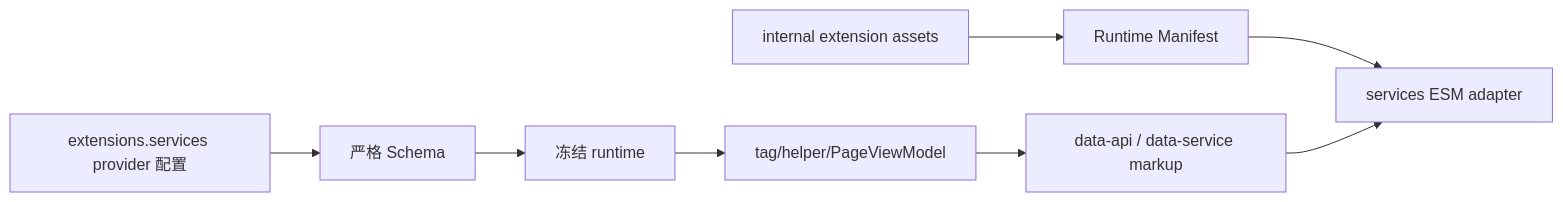
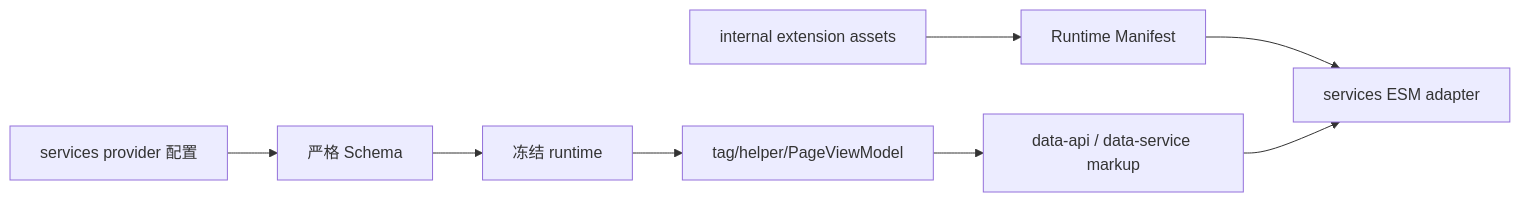
Before and after one commit to xaoxuu/hexo-theme-stellar: the diagram in docs/knowledge/06-数据服务与组件/data-service-apis.md, drawn with Mermaid. The commit also changed other lines of this file and 42 other files, not shown here.

````diff
--- a/docs/knowledge/06-数据服务与组件/data-service-apis.md
+++ b/docs/knowledge/06-数据服务与组件/data-service-apis.md
@@ -91,10 +83,10 @@
 ```mermaid
 flowchart LR
-  A[extensions.services provider 配置] --> B[严格 Schema]
+  A[services provider 配置] --> B[严格 Schema]
   B --> C[冻结 runtime]
   D[internal extension assets] --> E[Runtime Manifest]
   C --> F[tag/helper/PageViewModel]
   E --> G[services ESM adapter]
   F --> H[data-api / data-service markup]
   H --> G
 ```
````
